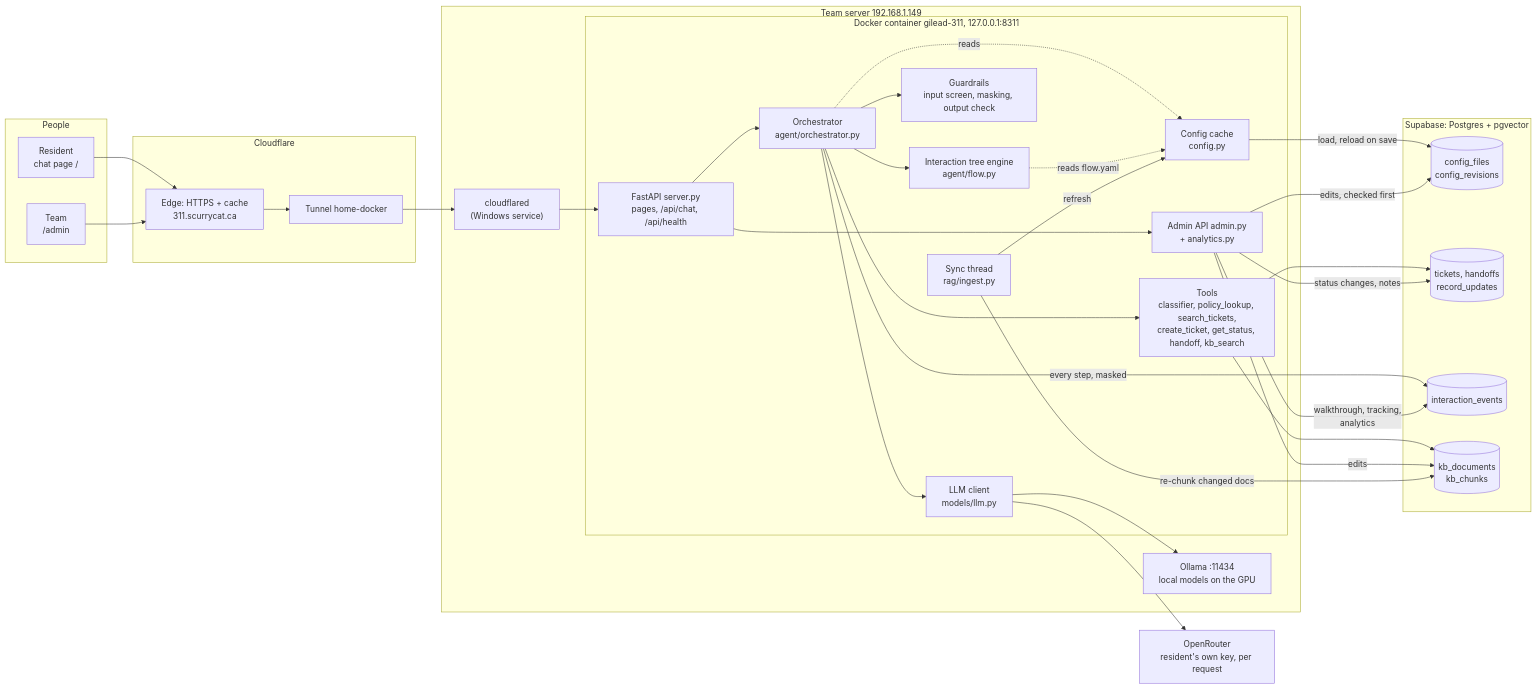
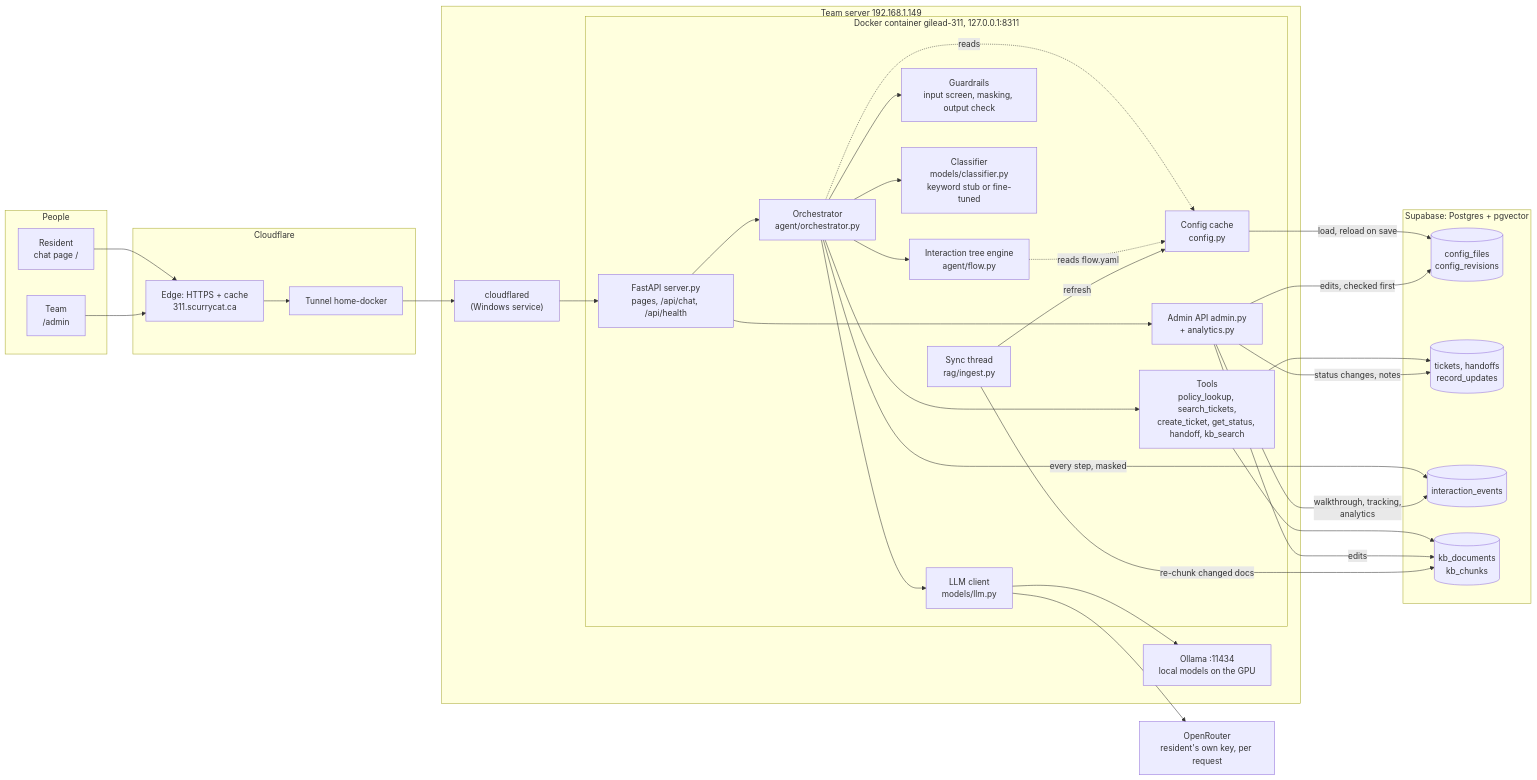
One commit to 26nrnb/311_Agent_MMAI_W1 changed the first of 2 diagrams in docs/architecture.md. Above: the diagram before and after it, drawn with Mermaid. The commit also changed other lines of this file and 26 other files, not shown here.

````diff
--- a/docs/architecture.md
+++ b/docs/architecture.md
@@ -11,61 +11,63 @@
 ```mermaid
 flowchart LR
   subgraph people["People"]
     resident["Resident<br/>chat page /"]
     team["Team<br/>/admin"]
   end
 
   subgraph cloudflare["Cloudflare"]
     edge["Edge: HTTPS + cache<br/>311.scurrycat.ca"]
     tunnel["Tunnel home-docker"]
   end
 
   subgraph host["Team server 192.168.1.149"]
     cloudflared["cloudflared<br/>(Windows service)"]
     ollama["Ollama :11434<br/>local models on the GPU"]
     subgraph container["Docker container gilead-311, 127.0.0.1:8311"]
       server["FastAPI server.py<br/>pages, /api/chat, /api/health"]
       admin["Admin API admin.py<br/>+ analytics.py"]
       orch["Orchestrator<br/>agent/orchestrator.py"]
       flow["Interaction tree engine<br/>agent/flow.py"]
       guards["Guardrails<br/>input screen, masking, output check"]
-      tools["Tools<br/>classifier, policy_lookup, search_tickets,<br/>create_ticket, get_status, handoff, kb_search"]
+      clf["Classifier<br/>models/classifier.py<br/>keyword stub or fine-tuned"]
+      tools["Tools<br/>policy_lookup, search_tickets,<br/>create_ticket, get_status, handoff, kb_search"]
       llm["LLM client<br/>models/llm.py"]
       config["Config cache<br/>config.py"]
       sync["Sync thread<br/>rag/ingest.py"]
     end
   end
 
   openrouter["OpenRouter<br/>resident's own key, per request"]
 
   subgraph supabase["Supabase: Postgres + pgvector"]
     cfgdb[("config_files<br/>config_revisions")]
     records[("tickets, handoffs<br/>record_updates")]
     events[("interaction_events")]
     kbdb[("kb_documents<br/>kb_chunks")]
   end
 
   resident --> edge
   team --> edge
   edge --> tunnel --> cloudflared --> server
   server --> orch
   server --> admin
   orch --> guards
   orch --> flow
+  orch --> clf
   orch --> tools
   orch --> llm
   llm --> ollama
   llm --> openrouter
   tools --> records
   tools --> kbdb
   orch -- "every step, masked" --> events
   config -- "load, reload on save" --> cfgdb
   orch -. "reads" .-> config
   flow -. "reads flow.yaml" .-> config
   admin -- "walkthrough, tracking,<br/>analytics" --> events
   admin -- "status changes, notes" --> records
   admin -- "edits, checked first" --> cfgdb
   admin -- "edits" --> kbdb
   sync -- "re-chunk changed docs" --> kbdb
   sync -- "refresh" --> config
 ```
````
